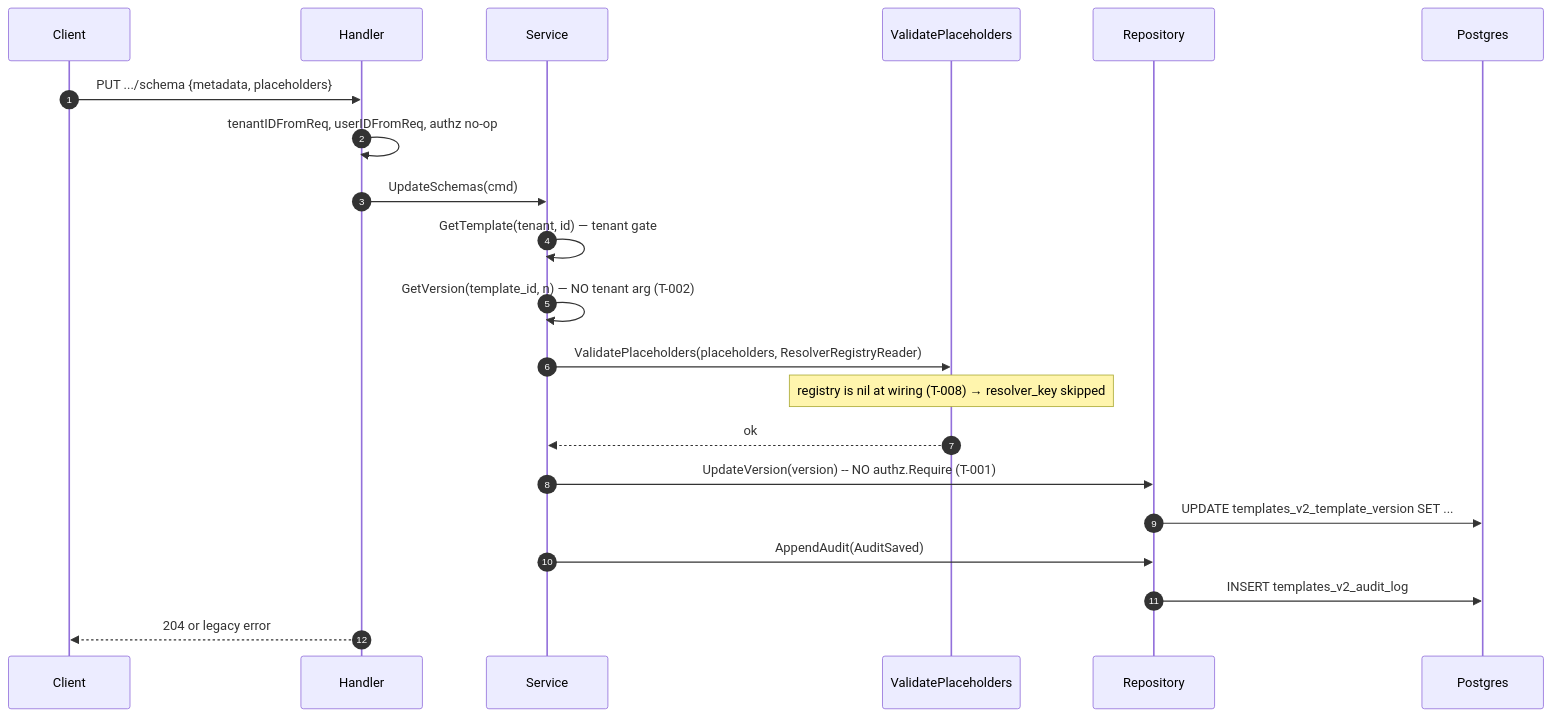
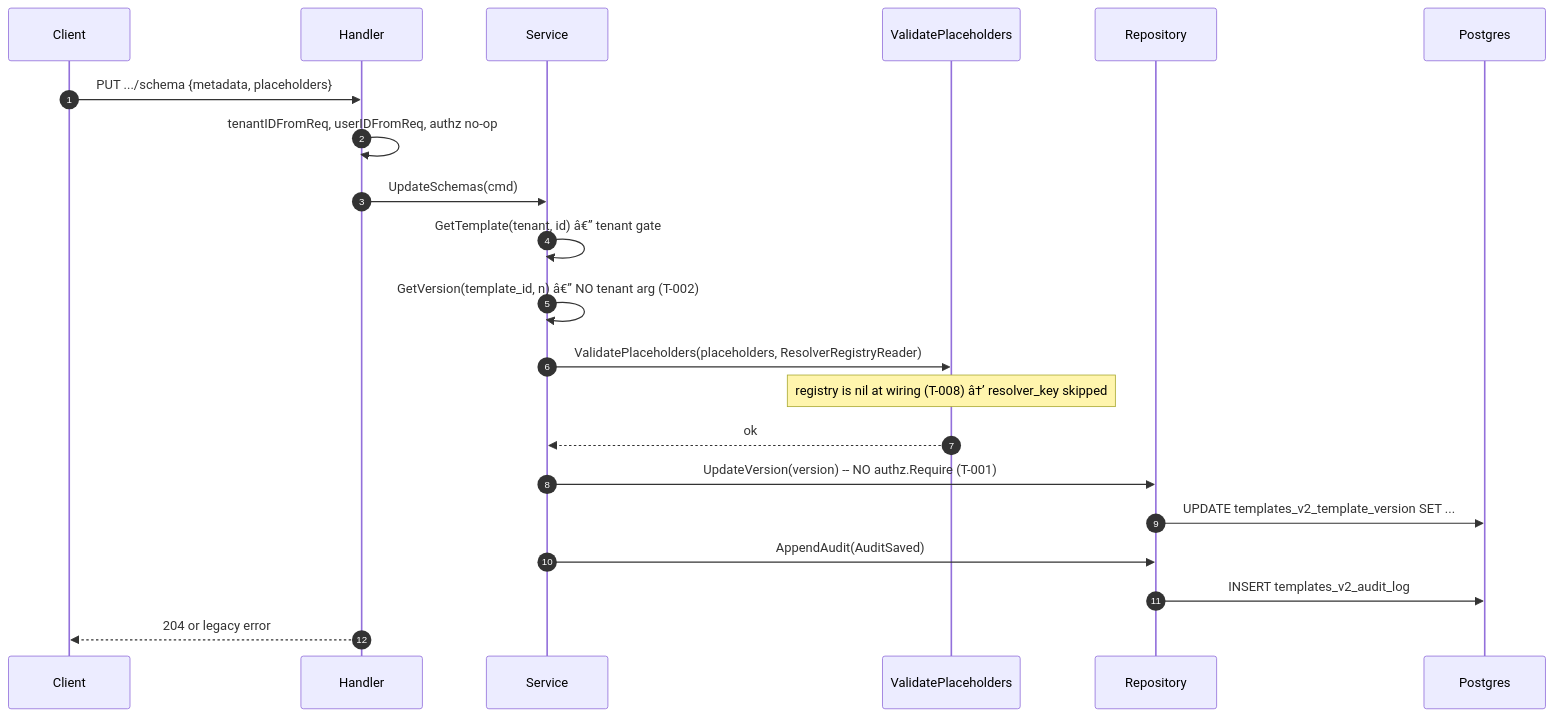
One commit to developmentconexus-ops/MetalDocs changed the fourth of 5 diagrams in wiki/modules/templates_v2.md. Above: the diagram before and after it, drawn with Mermaid. The commit also changed other lines of this file and 12 other files, not shown here.

````diff
--- a/wiki/modules/templates_v2.md
+++ b/wiki/modules/templates_v2.md
@@ -279,23 +279,23 @@
 ```mermaid
 sequenceDiagram
     autonumber
     participant C as Client
     participant H as Handler
     participant S as Service
     participant V as ValidatePlaceholders
     participant R as Repository
     participant DB as Postgres
     C->>H: PUT .../schema {metadata, placeholders}
     H->>H: tenantIDFromReq, userIDFromReq, authz no-op
     H->>S: UpdateSchemas(cmd)
-    S->>S: GetTemplate(tenant, id) — tenant gate
-    S->>S: GetVersion(template_id, n) — NO tenant arg (T-002)
+    S->>S: GetTemplate(tenant, id) â€” tenant gate
+    S->>S: GetVersion(template_id, n) â€” NO tenant arg (T-002)
     S->>V: ValidatePlaceholders(placeholders, ResolverRegistryReader)
-    Note over V: registry is nil at wiring (T-008) → resolver_key skipped
+    Note over V: registry is nil at wiring (T-008) â†’ resolver_key skipped
     V-->>S: ok
     S->>R: UpdateVersion(version)  -- NO authz.Require (T-001)
     R->>DB: UPDATE templates_v2_template_version SET ...
     S->>R: AppendAudit(AuditSaved)
     R->>DB: INSERT templates_v2_audit_log
     H-->>C: 204 or legacy error
 ```
````
